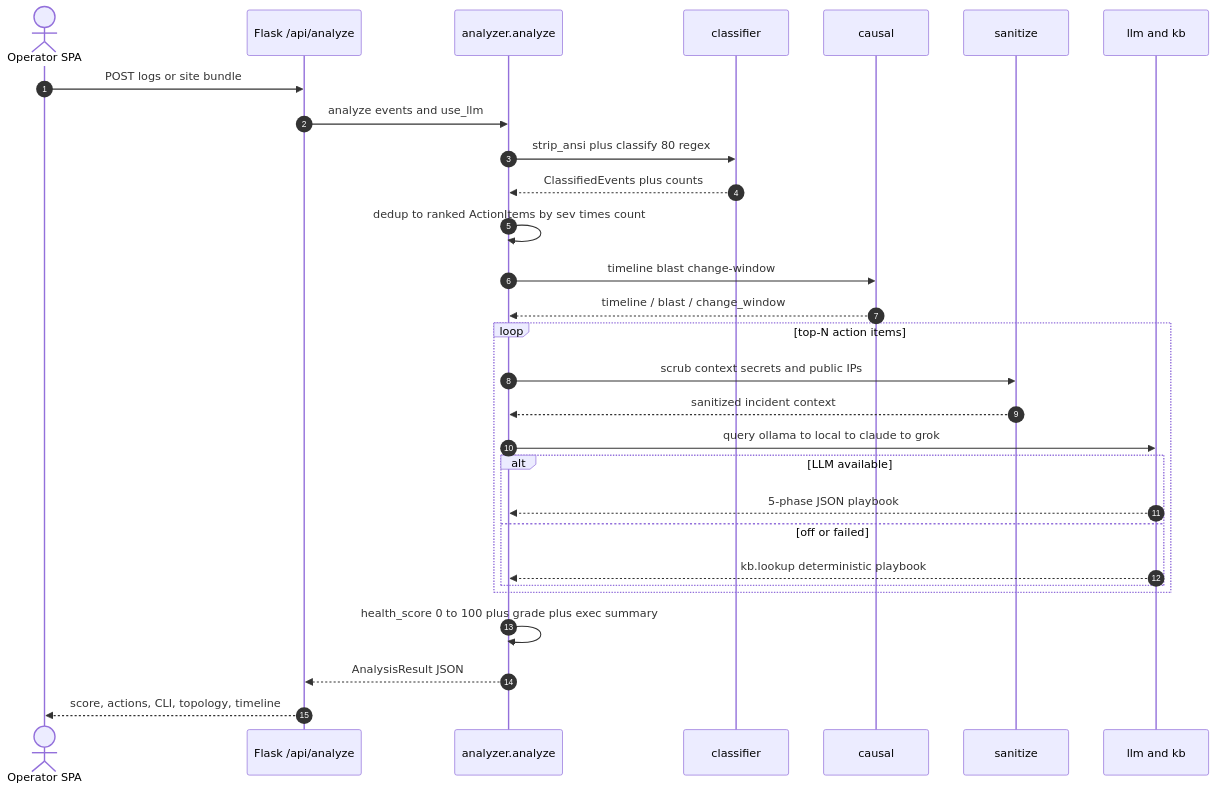
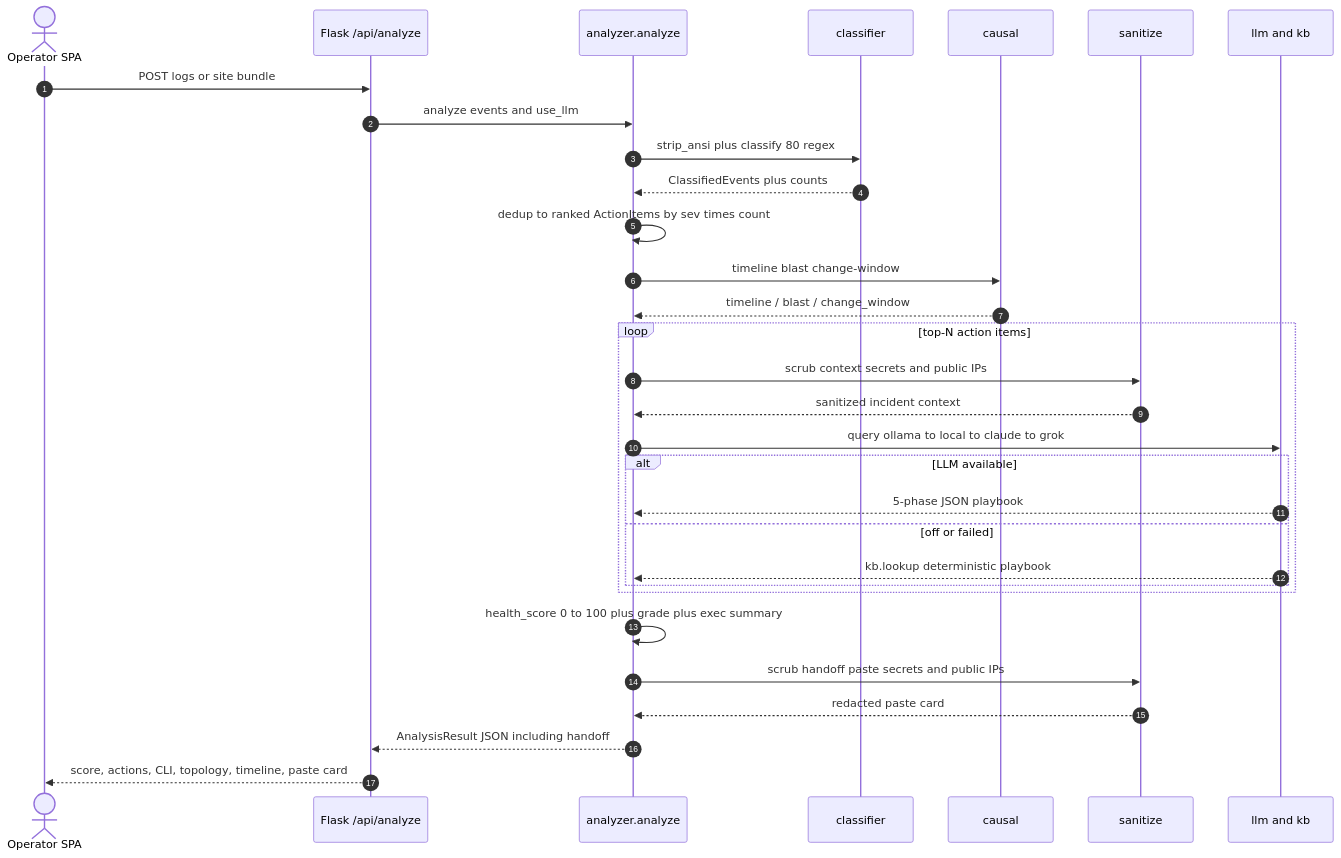
One commit to gesh75/netlog-ai changed the third of 7 diagrams in docs/ARCHITECTURE.md. Above: the diagram before and after it, drawn with Mermaid. The commit also changed other lines of this file and 8 other files, not shown here.

````diff
--- a/docs/ARCHITECTURE.md
+++ b/docs/ARCHITECTURE.md
@@ -132,32 +134,34 @@
 ```mermaid
 sequenceDiagram
     autonumber
     actor OP as Operator SPA
     participant API as Flask /api/analyze
     participant AN as analyzer.analyze
     participant CL as classifier
     participant CA as causal
     participant SA as sanitize
     participant LK as llm and kb
 
     OP->>API: POST logs or site bundle
     API->>AN: analyze events and use_llm
     AN->>CL: strip_ansi plus classify 80 regex
     CL-->>AN: ClassifiedEvents plus counts
     AN->>AN: dedup to ranked ActionItems by sev times count
     AN->>CA: timeline blast change-window
     CA-->>AN: timeline / blast / change_window
     loop top-N action items
         AN->>SA: scrub context secrets and public IPs
         SA-->>AN: sanitized incident context
         AN->>LK: query ollama to local to claude to grok
         alt LLM available
             LK-->>AN: 5-phase JSON playbook
         else off or failed
             LK-->>AN: kb.lookup deterministic playbook
         end
     end
     AN->>AN: health_score 0 to 100 plus grade plus exec summary
-    AN-->>API: AnalysisResult JSON
-    API-->>OP: score, actions, CLI, topology, timeline
+    AN->>SA: scrub handoff paste secrets and public IPs
+    SA-->>AN: redacted paste card
+    AN-->>API: AnalysisResult JSON including handoff
+    API-->>OP: score, actions, CLI, topology, timeline, paste card
 ```
````
